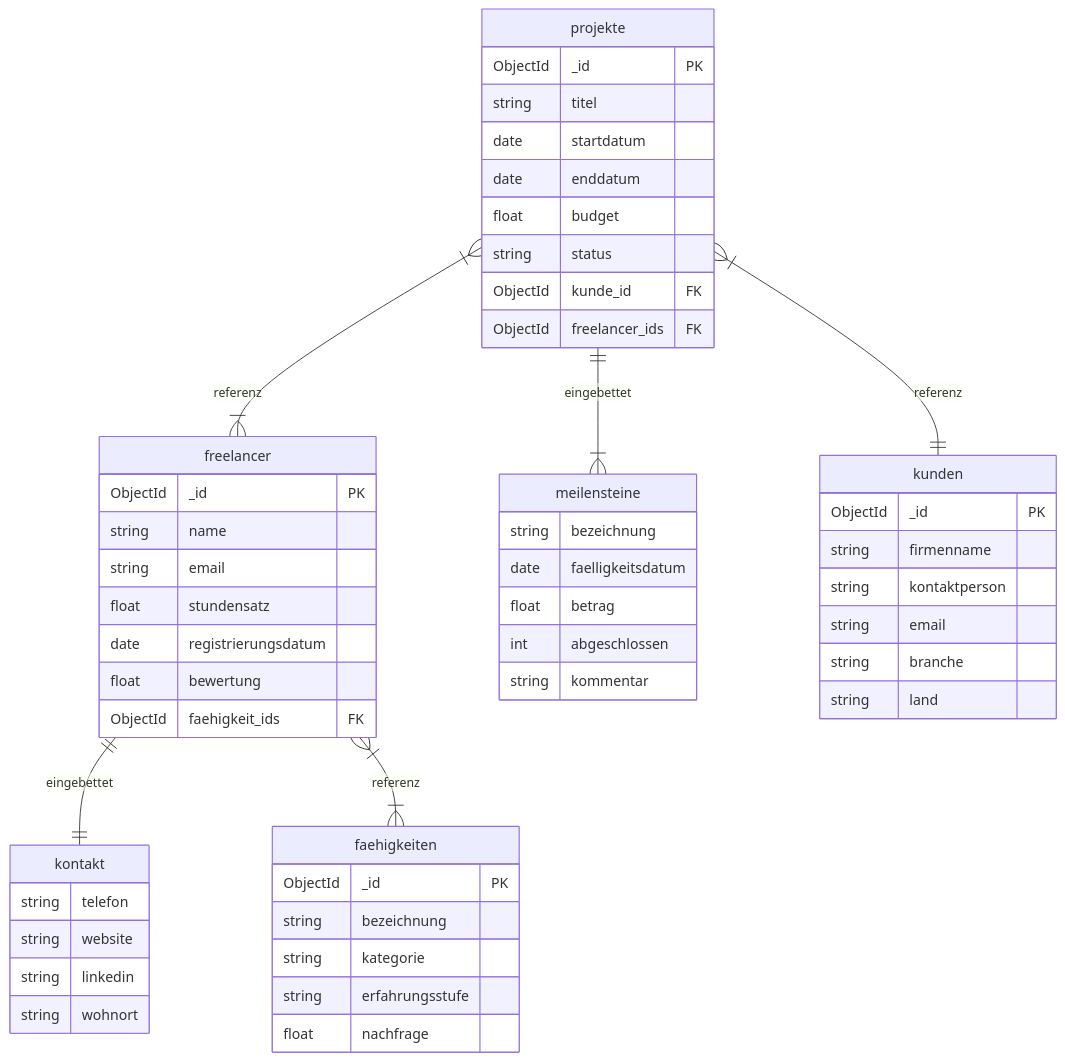
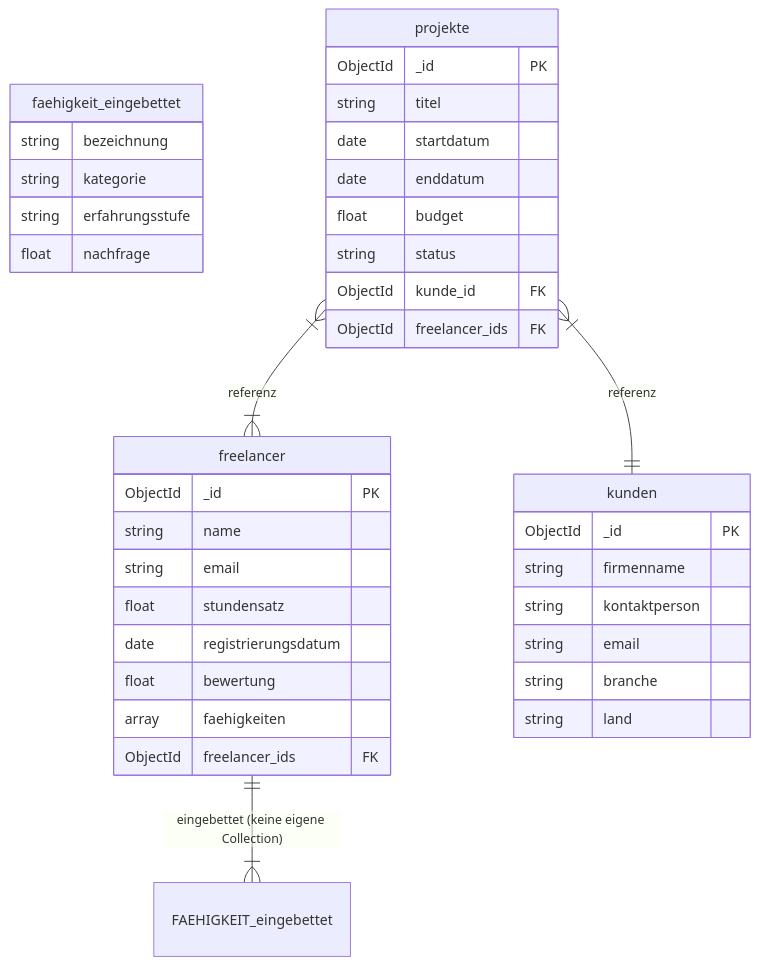
One commit to ehablixz/M165 changed the second of 2 diagrams in KN-M-02/README.md. Above: the diagram before and after it, drawn with Mermaid. The commit also changed other lines of this file and 4 other files, not shown here.

````diff
--- a/KN-M-02/README.md
+++ b/KN-M-02/README.md
@@ -83,57 +84,41 @@
 ```mermaid
 erDiagram
     freelancer {
         ObjectId _id PK
         string name
         string email
         float stundensatz
         date registrierungsdatum
         float bewertung
-        ObjectId faehigkeit_ids FK
+        array faehigkeiten
+        ObjectId freelancer_ids FK
     }
-    kontakt {
-        string telefon
-        string website
-        string linkedin
-        string wohnort
+    faehigkeit_eingebettet {
+        string bezeichnung
+        string kategorie
+        string erfahrungsstufe
+        float nachfrage
     }
     projekte {
         ObjectId _id PK
         string titel
         date startdatum
         date enddatum
         float budget
         string status
         ObjectId kunde_id FK
         ObjectId freelancer_ids FK
     }
-    meilensteine {
-        string bezeichnung
-        date faelligkeitsdatum
-        float betrag
-        int abgeschlossen
-        string kommentar
-    }
     kunden {
         ObjectId _id PK
         string firmenname
         string kontaktperson
         string email
         string branche
         string land
     }
-    faehigkeiten {
-        ObjectId _id PK
-        string bezeichnung
-        string kategorie
-        string erfahrungsstufe
-        float nachfrage
-    }
 
-    freelancer ||--|| kontakt : "eingebettet"
-    freelancer }|--|{ faehigkeiten : "referenz"
-    projekte ||--|{ meilensteine : "eingebettet"
+    freelancer ||--|{ FAEHIGKEIT_eingebettet : "eingebettet (keine eigene Collection)"
     projekte }|--|{ freelancer : "referenz"
     projekte }|--|| kunden : "referenz"
-
 ```
````
